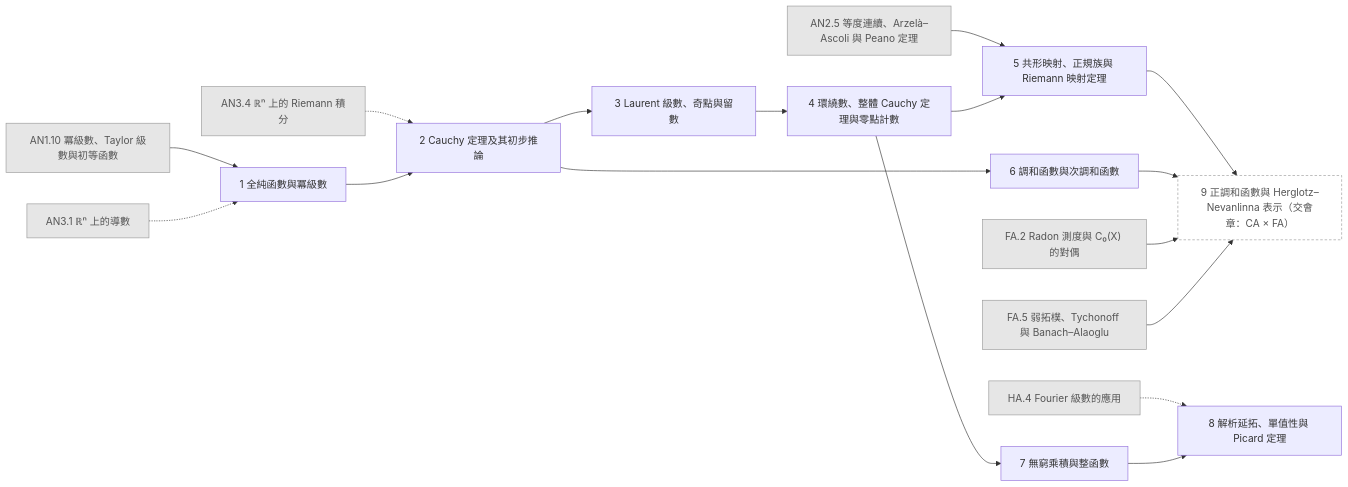
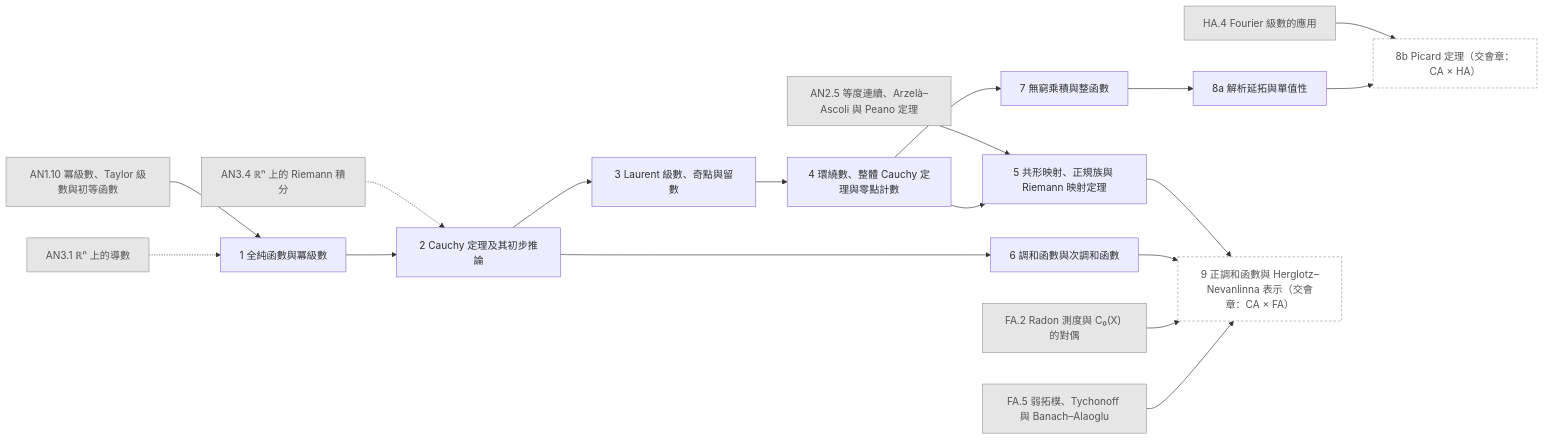
The diagram in generated/chapters/CA.mmd (AkizumiFox/math-atlas), drawn with Mermaid before and after one commit. The commit also changed 14 other files, not shown here.

```diff
--- a/generated/chapters/CA.mmd
+++ b/generated/chapters/CA.mmd
@@ -1,36 +1,38 @@
 flowchart LR
   AN1_10["AN1.10 冪級數、Taylor 級數與初等函數"]:::ext
   AN2_5["AN2.5 等度連續、Arzelà–Ascoli 與 Peano 定理"]:::ext
   AN3_1["AN3.1 ℝⁿ 上的導數"]:::ext
   AN3_4["AN3.4 ℝⁿ 上的 Riemann 積分"]:::ext
   HA_4["HA.4 Fourier 級數的應用"]:::ext
   FA_2["FA.2 Radon 測度與 C₀(X) 的對偶"]:::ext
   FA_5["FA.5 弱拓樸、Tychonoff 與 Banach–Alaoglu"]:::ext
   CA_1["1 全純函數與冪級數"]
   CA_2["2 Cauchy 定理及其初步推論"]
   CA_3["3 Laurent 級數、奇點與留數"]
   CA_4["4 環繞數、整體 Cauchy 定理與零點計數"]
   CA_5["5 共形映射、正規族與 Riemann 映射定理"]
   CA_6["6 調和函數與次調和函數"]
   CA_7["7 無窮乘積與整函數"]
-  CA_8["8 解析延拓、單值性與 Picard 定理"]
+  CA_8a["8a 解析延拓與單值性"]
+  CA_8b["8b Picard 定理（交會章：CA × HA）"]:::opt
   CA_9["9 正調和函數與 Herglotz–Nevanlinna 表示（交會章：CA × FA）"]:::opt
   AN1_10 --> CA_1
   AN3_1 -.-> CA_1
   AN3_4 -.-> CA_2
   CA_1 --> CA_2
   CA_2 --> CA_3
   CA_3 --> CA_4
   AN2_5 --> CA_5
   CA_4 --> CA_5
   CA_2 --> CA_6
   CA_4 --> CA_7
-  HA_4 -.-> CA_8
-  CA_7 --> CA_8
+  CA_7 --> CA_8a
+  HA_4 --> CA_8b
+  CA_8a --> CA_8b
   CA_5 --> CA_9
   CA_6 --> CA_9
   FA_2 --> CA_9
   FA_5 --> CA_9
   classDef ext fill:#e6e6e6,stroke:#999,color:#555
   classDef opt fill:#fff,stroke:#999,stroke-dasharray:4 3,color:#555
   classDef segb fill:#f6f6fb,stroke:#99a,color:#333
```
